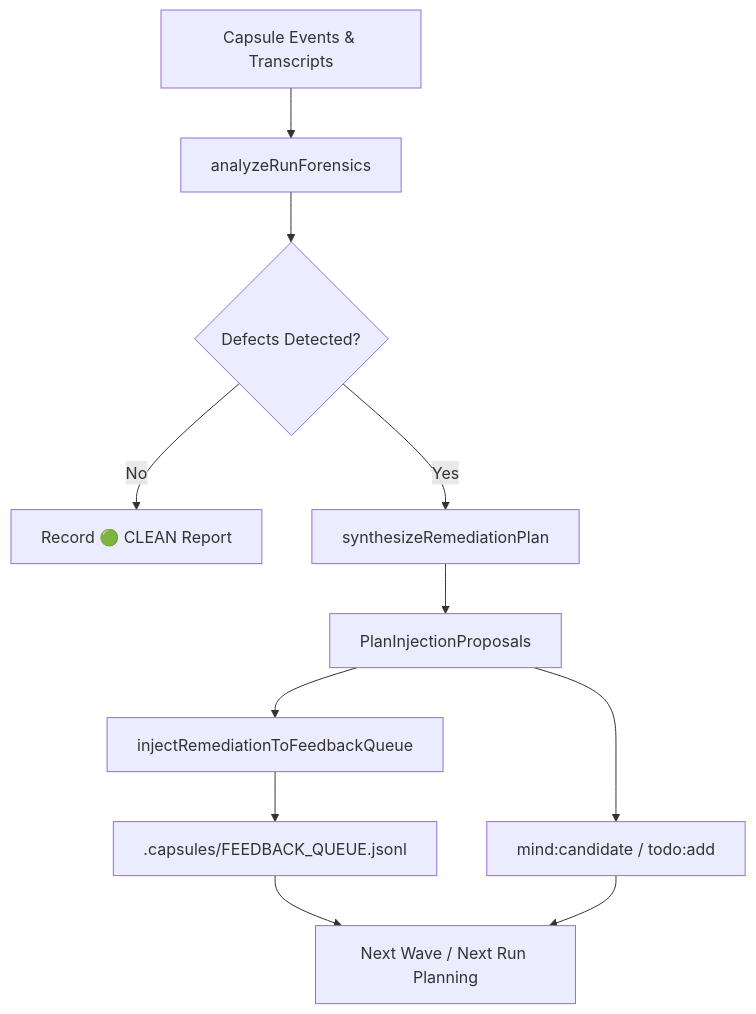
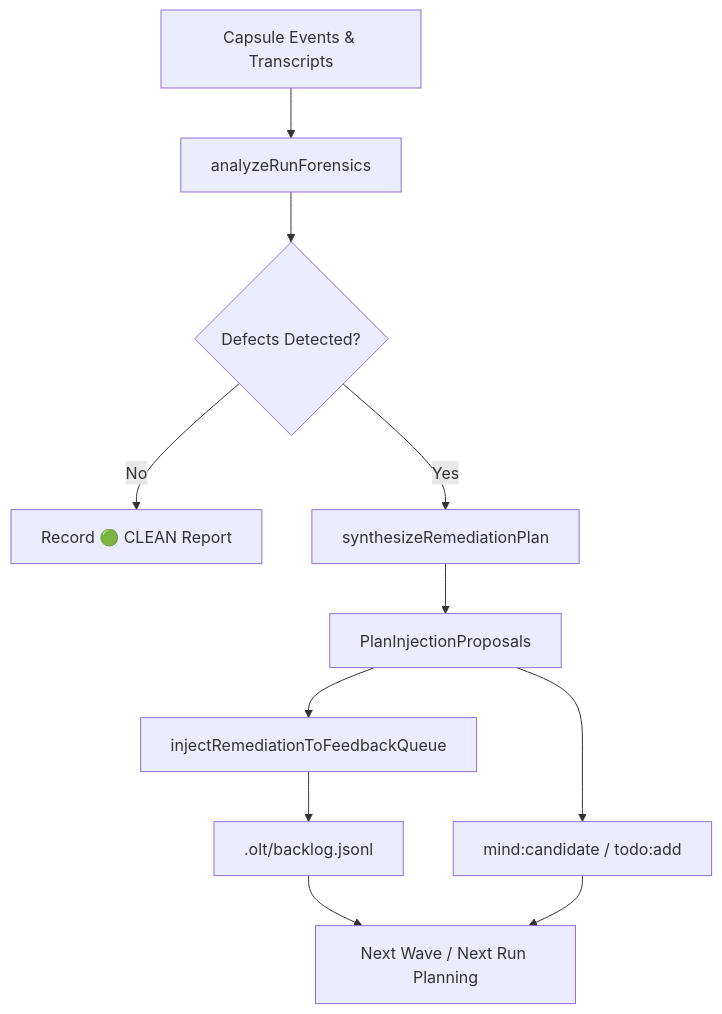
Before and after one commit to onurseckin/skills: the diagram in olt/roles/meta-auditor.md, drawn with Mermaid. The commit also changed other lines of this file and 58 other files, not shown here.

````diff
--- a/olt/roles/meta-auditor.md
+++ b/olt/roles/meta-auditor.md
@@ -151,13 +151,13 @@
 ```mermaid
 flowchart TD
     A[Capsule Events & Transcripts] --> B[analyzeRunForensics]
     B --> C{Defects Detected?}
     C -->|No| D[Record 🟢 CLEAN Report]
     C -->|Yes| E[synthesizeRemediationPlan]
     E --> F[PlanInjectionProposals]
     F --> G[injectRemediationToFeedbackQueue]
-    G --> H[.capsules/FEEDBACK_QUEUE.jsonl]
+    G --> H[.olt/backlog.jsonl]
     F --> I[mind:candidate / todo:add]
     H --> J[Next Wave / Next Run Planning]
     I --> J
 ```
````
